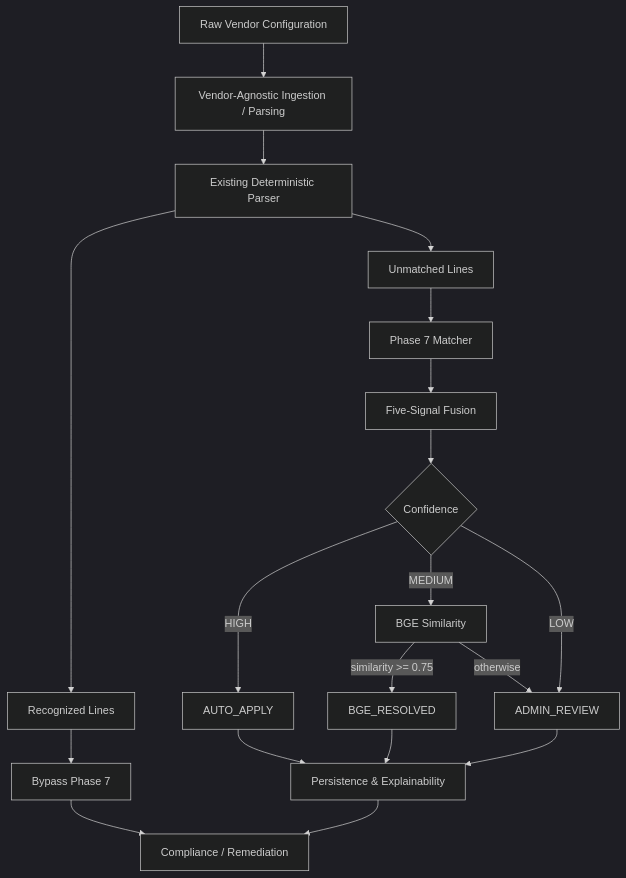
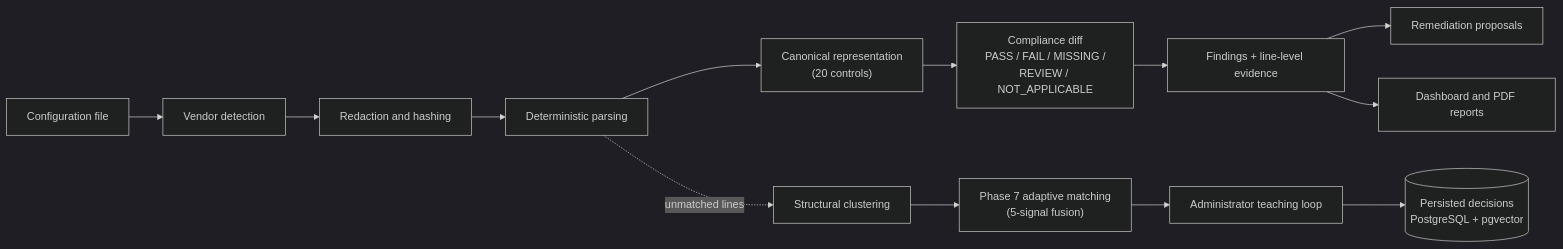
Before and after one commit to Krithi777/Multi-Vendor-Network-Compliance-Auditor: the first of 3 diagrams in README.md, drawn with Mermaid (dark theme). The commit also changed other lines of this file, not shown here.

````diff
--- a/README.md
+++ b/README.md
@@ -85,21 +87,15 @@
 ```mermaid
-flowchart TD
-    A[Raw Vendor Configuration] --> B[Vendor-Agnostic Ingestion / Parsing]
-    B --> C[Existing Deterministic Parser]
-    C --> D[Recognized Lines]
-    C --> E[Unmatched Lines]
-    D --> F[Bypass Phase 7]
-    E --> G[Phase 7 Matcher]
-    G --> H[Five-Signal Fusion]
-    H --> I{Confidence}
-    I -->|HIGH| J[AUTO_APPLY]
-    I -->|MEDIUM| K[BGE Similarity]
-    I -->|LOW| L[ADMIN_REVIEW]
-    K -->|similarity >= 0.75| M[BGE_RESOLVED]
-    K -->|otherwise| L
-    F --> N[Compliance / Remediation]
-    J --> O[Persistence & Explainability]
-    M --> O
-    L --> O
-    O --> N
+flowchart LR
+    A["Configuration file"] --> B["Vendor detection"]
+    B --> C["Redaction and hashing"]
+    C --> D["Deterministic parsing"]
+    D --> E["Canonical representation<br/>(20 controls)"]
+    E --> F["Compliance diff<br/>PASS / FAIL / MISSING /<br/>REVIEW / NOT_APPLICABLE"]
+    D -. "unmatched lines" .-> G["Structural clustering"]
+    G --> H["Phase 7 adaptive matching<br/>(5-signal fusion)"]
+    H --> I["Administrator teaching loop"]
+    I --> J[("Persisted decisions<br/>PostgreSQL + pgvector")]
+    F --> K["Findings + line-level evidence"]
+    K --> L["Remediation proposals"]
+    K --> M["Dashboard and PDF reports"]
 ```
````
